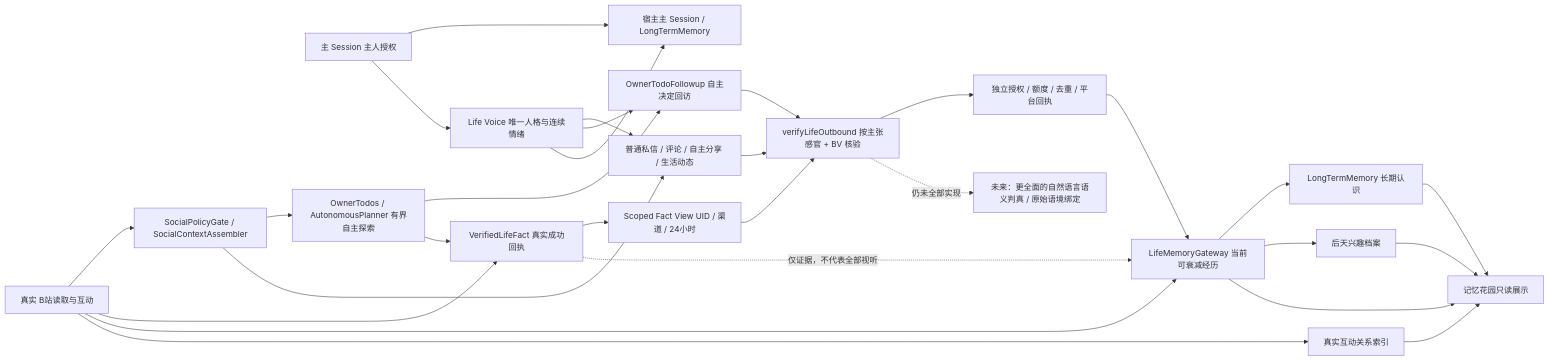
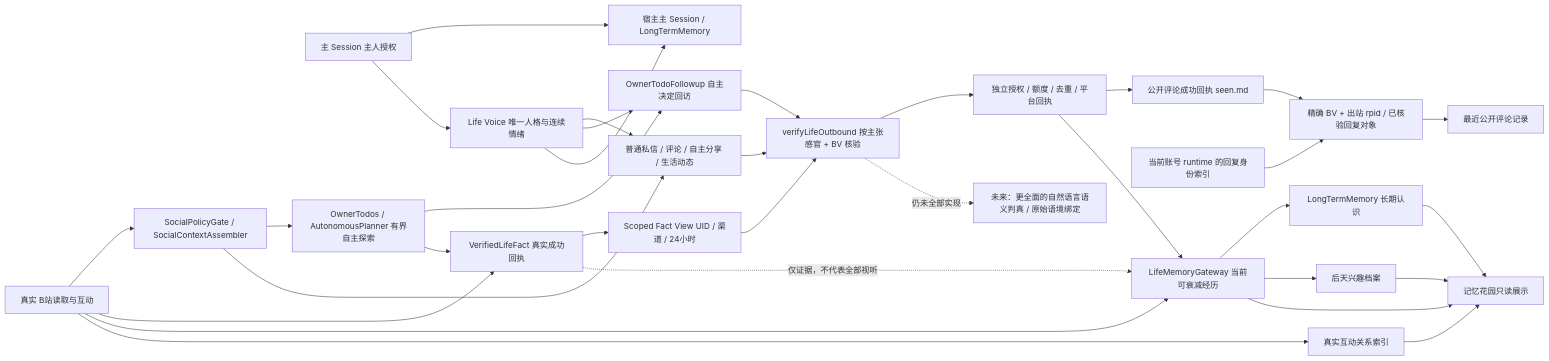
One commit to minedalang/dsh-dafeiyu-life changed the diagram in docs/architecture/diagrams/2.6.2-life-system-current.mmd. Above: the diagram before and after it, drawn with Mermaid. The commit also changed 9 other files, not shown here.

```diff
--- a/docs/architecture/diagrams/2.6.2-life-system-current.mmd
+++ b/docs/architecture/diagrams/2.6.2-life-system-current.mmd
@@ -1,29 +1,33 @@
 flowchart LR
   B[真实 B站读取与互动] --> P[SocialPolicyGate / SocialContextAssembler]
   H[主 Session 主人授权] --> M[宿主主 Session / LongTermMemory]
   P --> T[OwnerTodos / AutonomousPlanner 有界自主探索]
   T --> F[OwnerTodoFollowup 自主决定回访]
   P --> C[普通私信 / 评论 / 自主分享 / 生活动态]
   B --> V[VerifiedLifeFact 真实成功回执]
   T --> V
   V --> Q[Scoped Fact View UID / 渠道 / 24小时]
   Q --> G[verifyLifeOutbound 按主张感官 + BV 核验]
   C --> G
   F --> G
   G --> W[独立授权 / 额度 / 去重 / 平台回执]
+  W --> RR[公开评论成功回执 seen.md]
+  RR --> RI[精确 BV + 出站 rpid / 已核验回复对象]
+  RI --> PANEL[最近公开评论记录]
+  ACR[当前账号 runtime 的回复身份索引] --> RI
   B --> E[LifeMemoryGateway 当前可衰减经历]
   W --> E
   E --> L[LongTermMemory 长期认识]
   E --> I[后天兴趣档案]
   B --> R[真实互动关系索引]
   E --> J[记忆花园只读展示]
   I --> J
   R --> J
   L --> J
   V -. 仅证据，不代表全部视听 .-> E
   H --> LM[Life Voice 唯一人格与连续情绪]
   LM --> C
   LM --> F
   LM --> M
   U[未来：更全面的自然语言语义判真 / 原始语境绑定]
   G -. 仍未全部实现 .-> U
```
